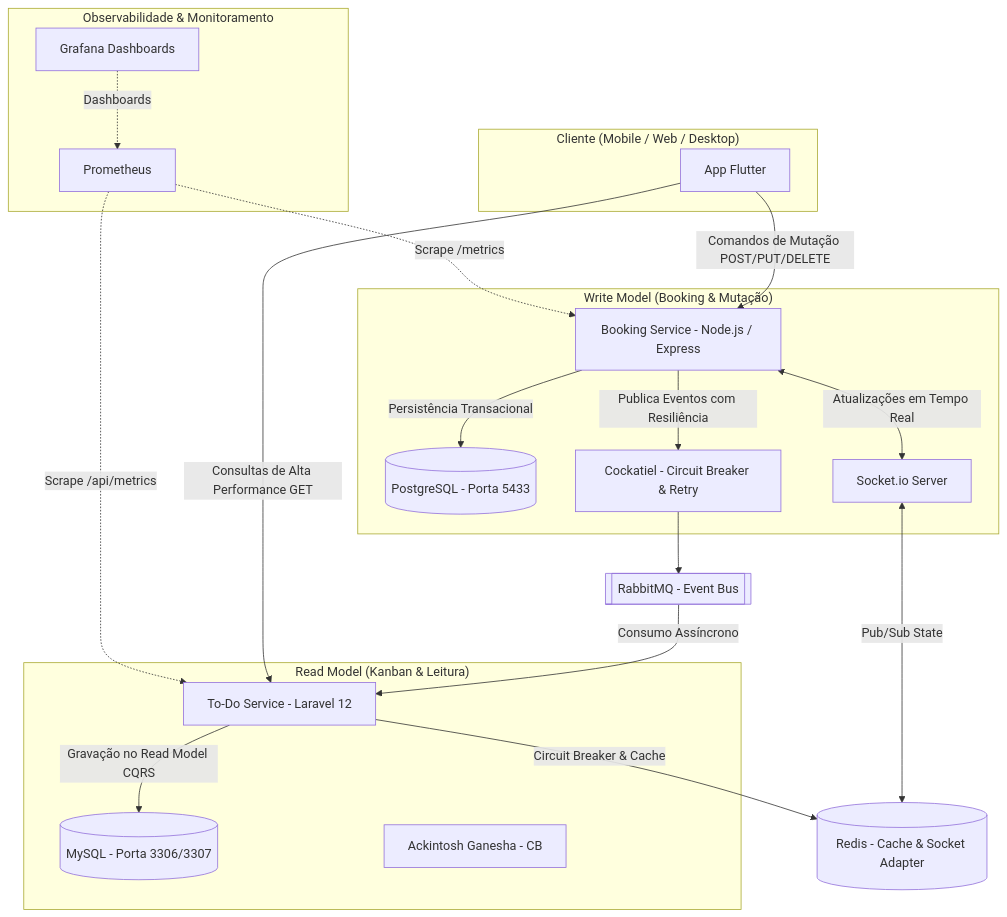
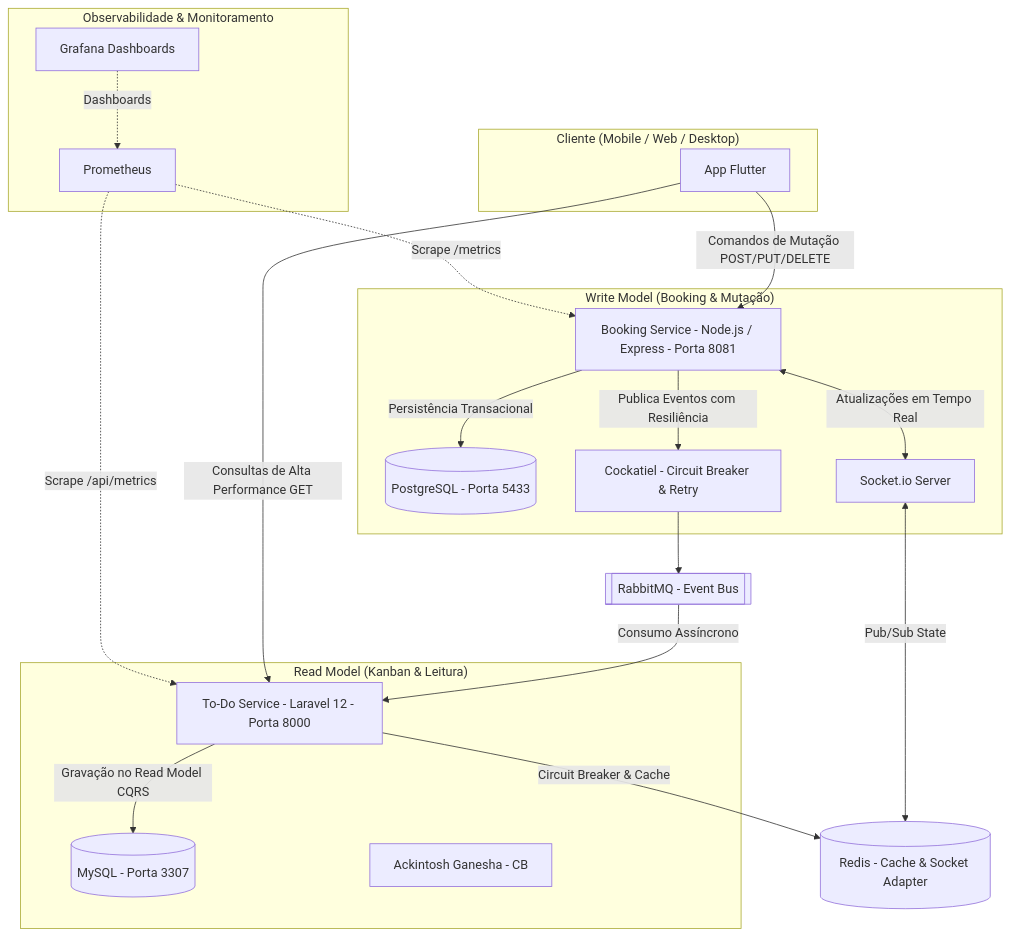
The diagram in README.md (Dev-Egito/MicroSaas_Architecture), drawn with Mermaid before and after one commit. The commit also changed other lines of this file, not shown here.

````diff
--- a/README.md
+++ b/README.md
@@ -11,50 +11,50 @@
 ```mermaid
 graph TD
     %% Cliente
     subgraph Cliente ["Cliente (Mobile / Web / Desktop)"]
         FlutterApp[App Flutter]
     end
 
     %% Write Model (Node.js)
     subgraph WriteModel ["Write Model (Booking & Mutação)"]
-        NodeAPI[Booking Service - Node.js / Express]
+        NodeAPI[Booking Service - Node.js / Express - Porta 8081]
         PostgreSQL[(PostgreSQL - Porta 5433)]
         Cockatiel[Cockatiel - Circuit Breaker & Retry]
         SocketServer[Socket.io Server]
     end
 
     %% Read Model (Laravel)
     subgraph ReadModel ["Read Model (Kanban & Leitura)"]
-        LaravelApp[To-Do Service - Laravel 12]
-        MySQL[(MySQL - Porta 3306/3307)]
+        LaravelApp[To-Do Service - Laravel 12 - Porta 8000]
+        MySQL[(MySQL - Porta 3307)]
         Ganesha[Ackintosh Ganesha - CB]
     end
 
     %% Infraestrutura & Mensageria
     RabbitMQ[[RabbitMQ - Event Bus]]
     Redis[(Redis - Cache & Socket Adapter)]
 
     %% Observabilidade
     subgraph Observabilidade ["Observabilidade & Monitoramento"]
         Prometheus[Prometheus]
         Grafana[Grafana Dashboards]
     end
 
     %% Fluxos de Comunicação
     FlutterApp -->|Comandos de Mutação POST/PUT/DELETE| NodeAPI
     NodeAPI -->|Persistência Transacional| PostgreSQL
     NodeAPI -->|Publica Eventos com Resiliência| Cockatiel
     Cockatiel --> RabbitMQ
     NodeAPI <-->|Atualizações em Tempo Real| SocketServer
     SocketServer <-->|Pub/Sub State| Redis
 
     RabbitMQ -->|Consumo Assíncrono| LaravelApp
     LaravelApp -->|Gravação no Read Model CQRS| MySQL
     LaravelApp -->|Circuit Breaker & Cache| Redis
 
     FlutterApp -->|Consultas de Alta Performance GET| LaravelApp
 
     Prometheus -.->|Scrape /metrics| NodeAPI
     Prometheus -.->|Scrape /api/metrics| LaravelApp
     Grafana -.->|Dashboards| Prometheus
 ```
````
